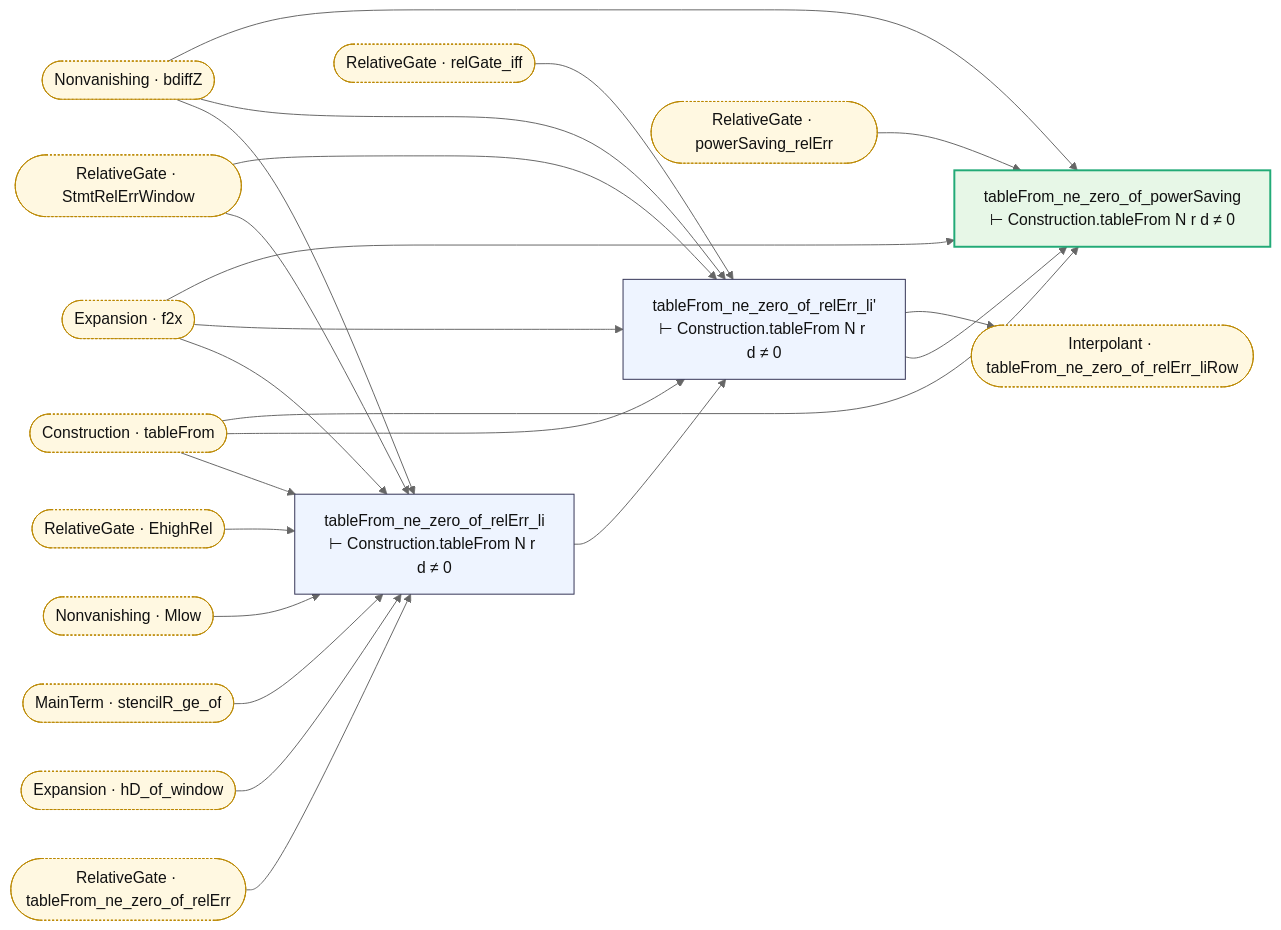
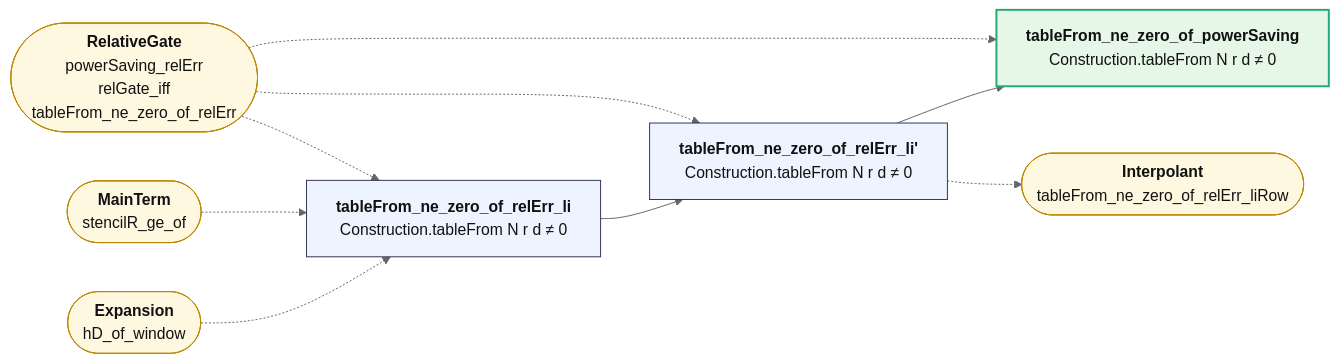
One commit to juliansambranojr/Primebeat_081426 changed the diagram in map/lean/RelativeLi.md. Above: the diagram before and after it, drawn with Mermaid (neutral theme). The commit also changed other lines of this file and 387 other files, not shown here.

````diff
--- a/map/lean/RelativeLi.md
+++ b/map/lean/RelativeLi.md
@@ -8,45 +12,23 @@
 ```mermaid
 flowchart LR
-  n0["tableFrom_ne_zero_of_relErr_li<br/>⊢ Construction.tableFrom N r d ≠ 0"]:::thm
-  n1["tableFrom_ne_zero_of_relErr_li'<br/>⊢ Construction.tableFrom N r d ≠ 0"]:::thm
-  n2["tableFrom_ne_zero_of_powerSaving<br/>⊢ Construction.tableFrom N r d ≠ 0"]:::end_
-  x0(["Construction · tableFrom"]):::ext
-  x1(["Expansion · f2x"]):::ext
-  x2(["Expansion · hD_of_window"]):::ext
-  x3(["Interpolant · tableFrom_ne_zero_of_relErr_liRow"]):::ext
-  x4(["MainTerm · stencilR_ge_of"]):::ext
-  x5(["Nonvanishing · Mlow"]):::ext
-  x6(["Nonvanishing · bdiffZ"]):::ext
-  x7(["RelativeGate · EhighRel"]):::ext
-  x8(["RelativeGate · StmtRelErrWindow"]):::ext
-  x9(["RelativeGate · powerSaving_relErr"]):::ext
-  x10(["RelativeGate · relGate_iff"]):::ext
-  x11(["RelativeGate · tableFrom_ne_zero_of_relErr"]):::ext
+  n0["<b>tableFrom_ne_zero_of_relErr_li</b><br/>Construction.tableFrom N r d ≠ 0"]:::thm
+  n1["<b>tableFrom_ne_zero_of_relErr_li'</b><br/>Construction.tableFrom N r d ≠ 0"]:::thm
+  n2["<b>tableFrom_ne_zero_of_powerSaving</b><br/>Construction.tableFrom N r d ≠ 0"]:::end_
+  x0(["<b>Expansion</b><br/>hD_of_window"]):::ext
+  x1(["<b>MainTerm</b><br/>stencilR_ge_of"]):::ext
+  x2(["<b>RelativeGate</b><br/>powerSaving_relErr<br/>relGate_iff<br/>tableFrom_ne_zero_of_relErr"]):::ext
+  x3(["<b>Interpolant</b><br/>tableFrom_ne_zero_of_relErr_liRow"]):::ext
   n0 --> n1
   n1 --> n2
-  n1 --> x3
-  x0 --> n0
-  x0 --> n1
-  x0 --> n2
-  x1 --> n0
-  x1 --> n1
-  x1 --> n2
-  x10 --> n1
-  x11 --> n0
-  x2 --> n0
-  x4 --> n0
-  x5 --> n0
-  x6 --> n0
-  x6 --> n1
-  x6 --> n2
-  x7 --> n0
-  x8 --> n0
-  x8 --> n1
-  x9 --> n2
+  n1 -.-> x3
+  x0 -.-> n0
+  x1 -.-> n0
+  x2 -.-> n0
+  x2 -.-> n1
+  x2 -.-> n2
   classDef thm fill:#eef4ff,stroke:#335,color:#111
-  classDef dfn fill:#f2f2f2,stroke:#777,color:#111
   classDef end_ fill:#e7f7e7,stroke:#2a7,color:#111,stroke-width:2px
   classDef lone fill:#fff,stroke:#999,color:#111,stroke-dasharray:4 3
   classDef bad fill:#ffe5e5,stroke:#c22,color:#111,stroke-width:2px
-  classDef ext fill:#fff8e1,stroke:#b80,color:#111,stroke-dasharray:2 2
+  classDef ext fill:#fff8e1,stroke:#b80,color:#111
 ```
````
